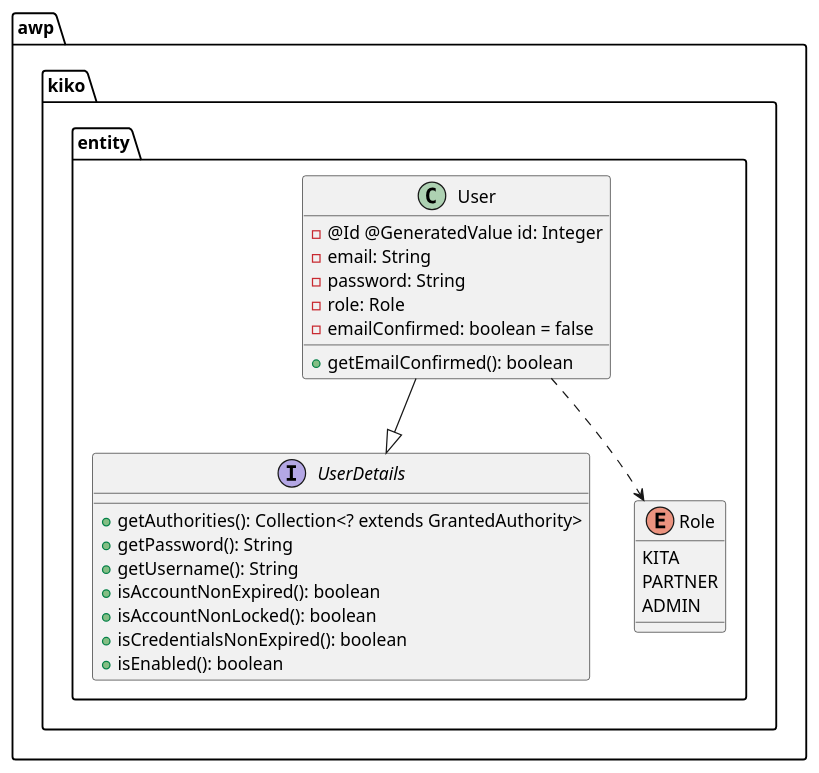
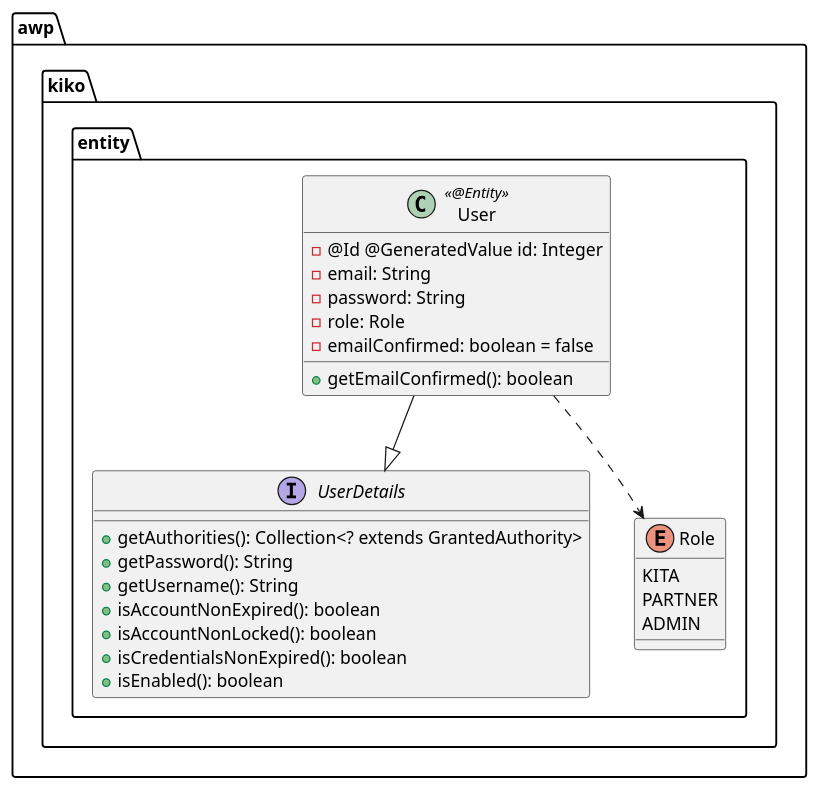
The diagram in backend/.extras/doc/User.plantuml (GoldHeartsRE/kiko), drawn with PlantUML before and after one commit. The commit also changed 5 other files, not shown here.

Commit message:
neue Klassendiagramme erstellt und vorhandene aktualisiert

```diff
--- a/backend/.extras/doc/User.plantuml
+++ b/backend/.extras/doc/User.plantuml
@@ -1,33 +1,33 @@
 @startuml User
 package awp.kiko.entity {
 
     interface UserDetails {
         + getAuthorities(): Collection<? extends GrantedAuthority>
         + getPassword(): String
         + getUsername(): String
         + isAccountNonExpired(): boolean
         + isAccountNonLocked(): boolean
         + isCredentialsNonExpired(): boolean
         + isEnabled(): boolean
     }
     
-    class User {
+    class User  <<@Entity>> {
         - @Id @GeneratedValue id: Integer
         - email: String
         - password: String
         - role: Role
         - emailConfirmed: boolean = false
 
         + getEmailConfirmed(): boolean
     }
 
     enum Role {
         KITA
         PARTNER
         ADMIN
     }
 
     User --|> UserDetails
     User ..> Role
 }
 @enduml
```
